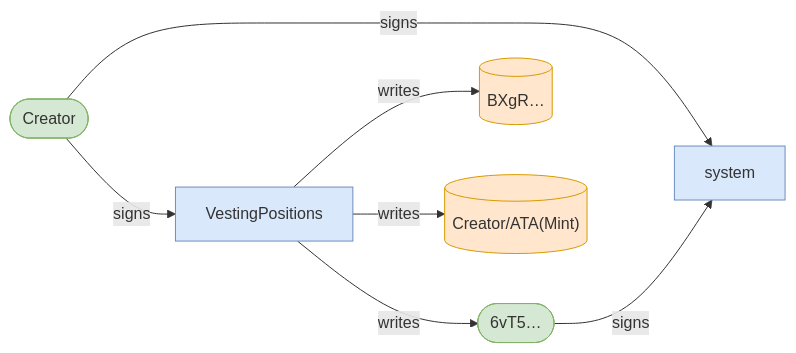
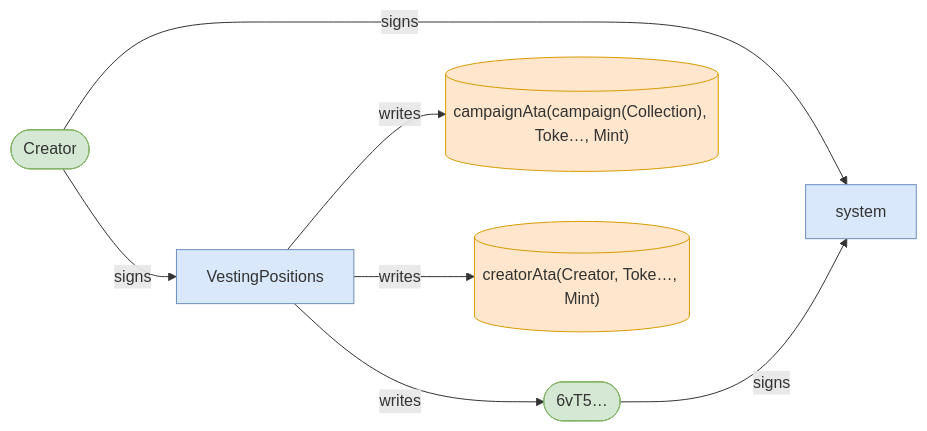
Before and after one commit to cds-turbin3/vesting-position: the fifth of 6 diagrams in babelfish-tests/test-report/clawback_unclaimed_before_grace_fails.md, drawn with Mermaid. The commit also changed other lines of this file and 51 other files, not shown here.

````diff
--- a/babelfish-tests/test-report/clawback_unclaimed_before_grace_fails.md
+++ b/babelfish-tests/test-report/clawback_unclaimed_before_grace_fails.md
@@ -217,18 +192,18 @@
 ```mermaid
 flowchart LR
     VestingPositions["VestingPositions"]:::program
     Creator(["Creator"]):::signer
     6vT5(["6vT5…"]):::signer
-    BXgR[("BXgR…")]:::state
-    CreatorATAMint[("Creator/ATA(Mint)")]:::state
+    campaignAtacampaignCollectionTokeMint[("campaignAta(campaign(Collection), Toke…, Mint)")]:::state
+    creatorAtaCreatorTokeMint[("creatorAta(Creator, Toke…, Mint)")]:::state
     system["system"]:::program
     Creator -->|signs| VestingPositions
     VestingPositions -->|writes| 6vT5
-    VestingPositions -->|writes| BXgR
-    VestingPositions -->|writes| CreatorATAMint
+    VestingPositions -->|writes| campaignAtacampaignCollectionTokeMint
+    VestingPositions -->|writes| creatorAtaCreatorTokeMint
     Creator -->|signs| system
     6vT5 -->|signs| system
     classDef program fill:#dae8fc,stroke:#6c8ebf;
     classDef signer fill:#d5e8d4,stroke:#82b366;
     classDef state fill:#ffe6cc,stroke:#d79b00;
 ```
````
